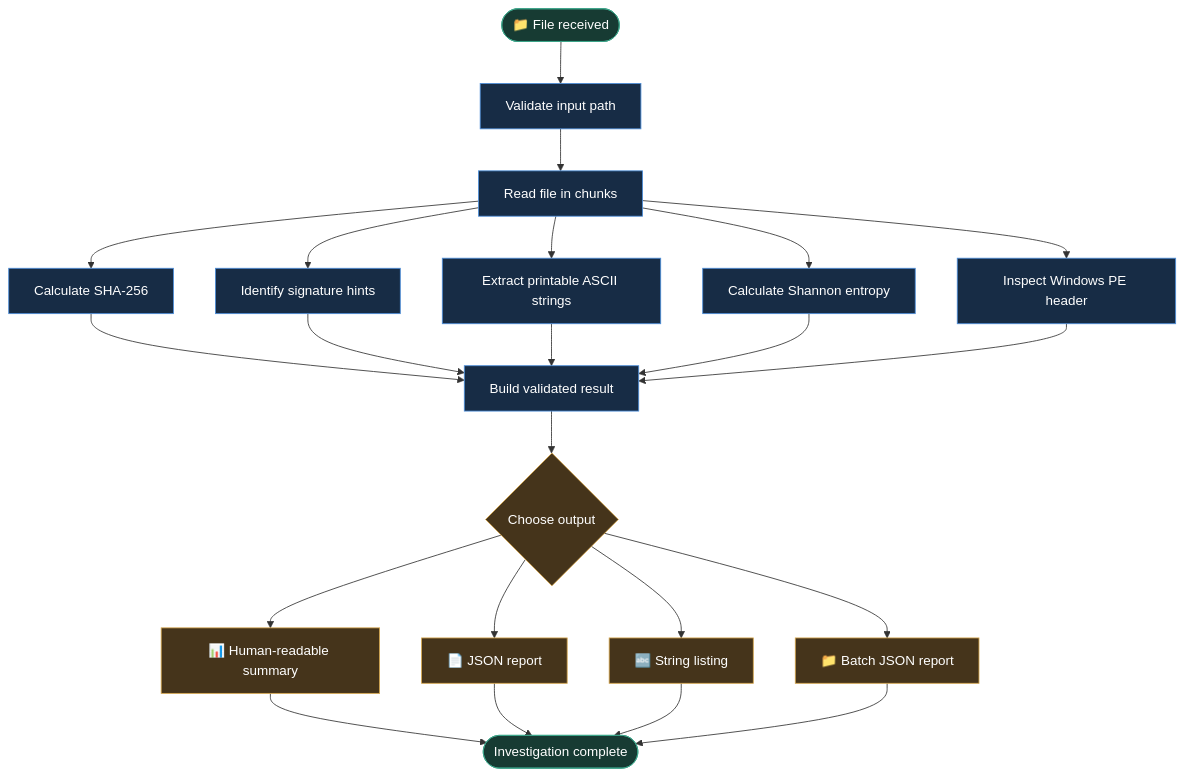
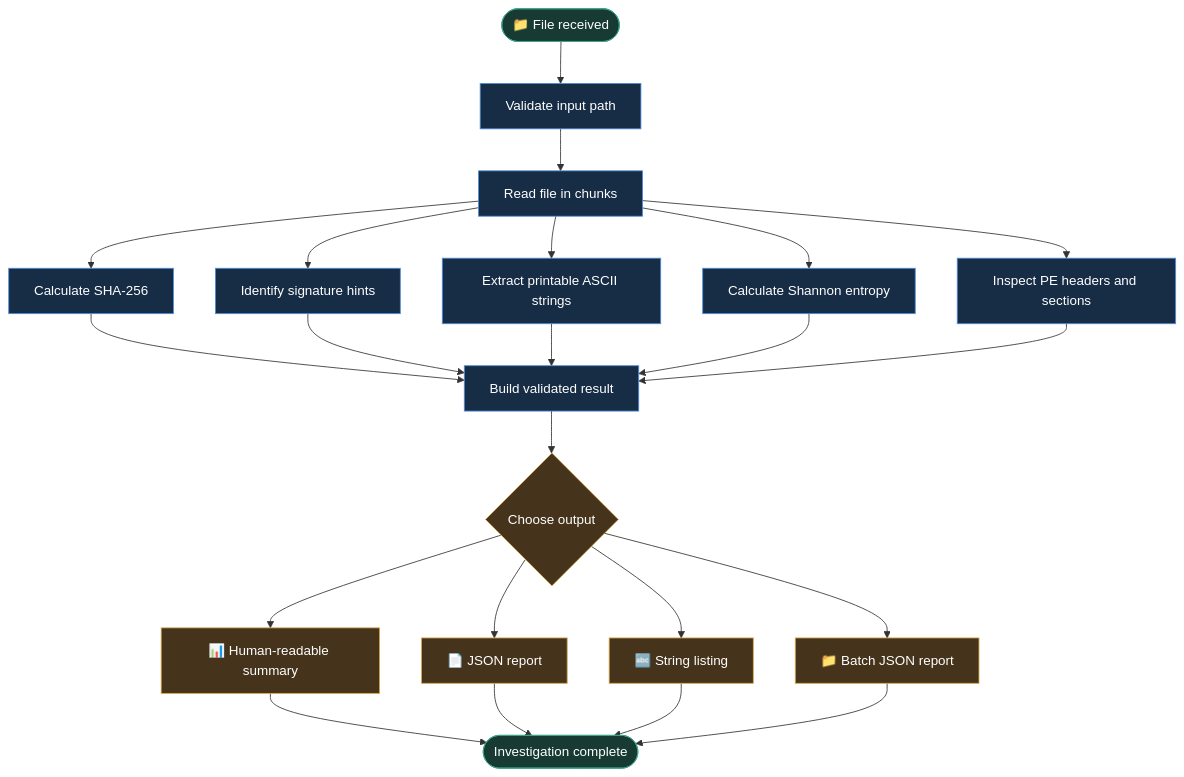
One commit to ShahulAIEngineer/reverse-engineering-intelligence changed the diagram in README.md. Above: the diagram before and after it, drawn with Mermaid. The commit also changed other lines of this file and 1 other file, not shown here.

````diff
--- a/README.md
+++ b/README.md
@@ -41,31 +36,31 @@
 ```mermaid
 flowchart TD
     A(["📁 File received"]) --> B["Validate input path"]
     B --> C["Read file in chunks"]
     C --> D["Calculate SHA-256"]
     C --> E["Identify signature hints"]
     C --> F["Extract printable ASCII strings"]
     C --> G["Calculate Shannon entropy"]
-    C --> H["Inspect Windows PE header"]
+    C --> H["Inspect PE headers and sections"]
     D --> I["Build validated result"]
     E --> I
     F --> I
     G --> I
     H --> I
     I --> J{"Choose output"}
     J --> K["📊 Human-readable summary"]
     J --> L["📄 JSON report"]
     J --> M["🔤 String listing"]
     J --> O["📁 Batch JSON report"]
     K --> N(["Investigation complete"])
     L --> N
     M --> N
     O --> N
 
     classDef start fill:#173b33,stroke:#3ca58a,color:#ffffff
     classDef process fill:#172c45,stroke:#4c8eda,color:#ffffff
     classDef output fill:#45341b,stroke:#d6a64d,color:#ffffff
     class A,N start
     class B,C,D,E,F,G,H,I process
     class J,K,L,M,O output
 ```
````
